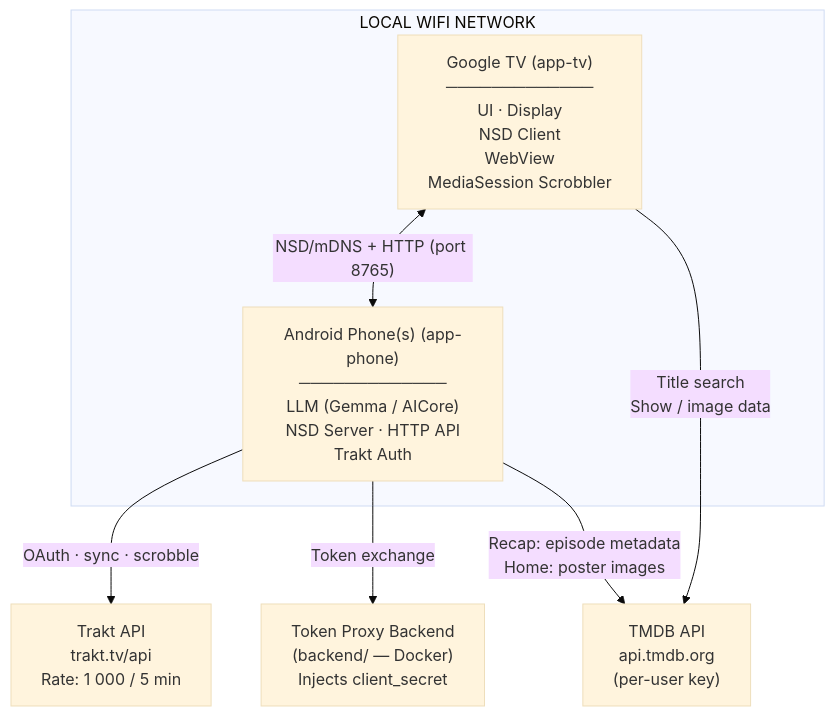
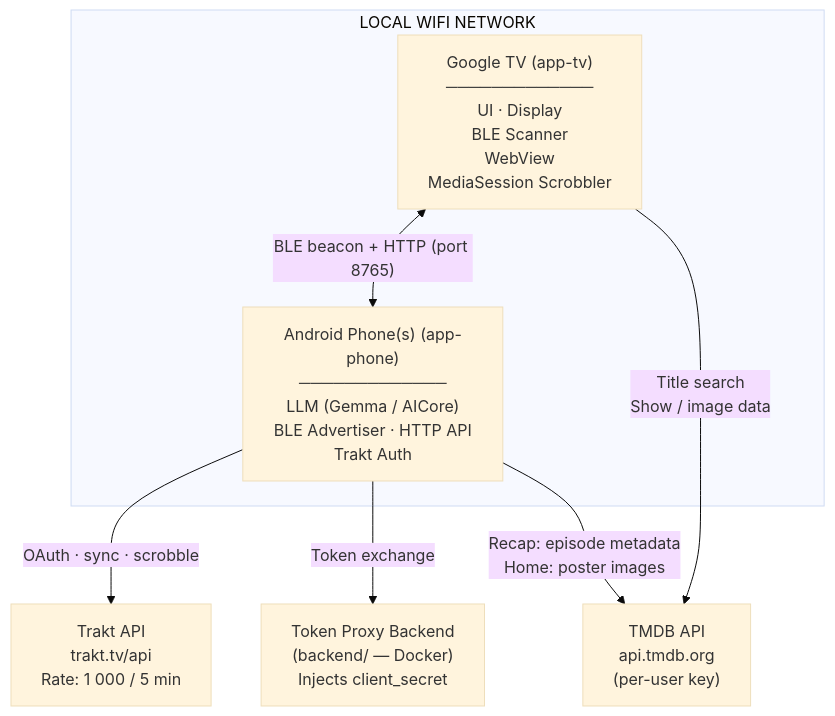
Before and after one commit to justb81/watchbuddy: the first of 5 diagrams in docs/architecture.md, drawn with Mermaid (base theme). The commit also changed other lines of this file and 24 other files, not shown here.

````diff
--- a/docs/architecture.md
+++ b/docs/architecture.md
@@ -5,13 +5,13 @@
 ```mermaid
 graph TB
     subgraph WIFI["LOCAL WIFI NETWORK"]
-        TV["Google TV (app-tv)\n─────────────\nUI · Display\nNSD Client\nWebView\nMediaSession Scrobbler"]
-        Phone["Android Phone(s) (app-phone)\n─────────────\nLLM (Gemma / AICore)\nNSD Server · HTTP API\nTrakt Auth"]
-        TV <-->|"NSD/mDNS + HTTP (port 8765)"| Phone
+        TV["Google TV (app-tv)\n─────────────\nUI · Display\nBLE Scanner\nWebView\nMediaSession Scrobbler"]
+        Phone["Android Phone(s) (app-phone)\n─────────────\nLLM (Gemma / AICore)\nBLE Advertiser · HTTP API\nTrakt Auth"]
+        TV <-->|"BLE beacon + HTTP (port 8765)"| Phone
     end
 
     Phone -->|"OAuth · sync · scrobble"| Trakt["Trakt API\ntrakt.tv/api\nRate: 1 000 / 5 min"]
     Phone -->|"Token exchange"| Backend["Token Proxy Backend\n(backend/ — Docker)\nInjects client_secret"]
     Phone -->|"Recap: episode metadata\nHome: poster images"| TMDB["TMDB API\napi.tmdb.org\n(per-user key)"]
     TV -->|"Title search\nShow / image data"| TMDB
 ```
````
